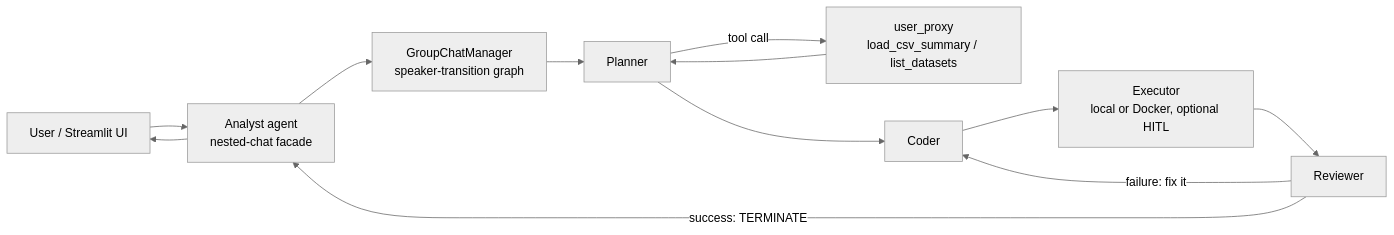
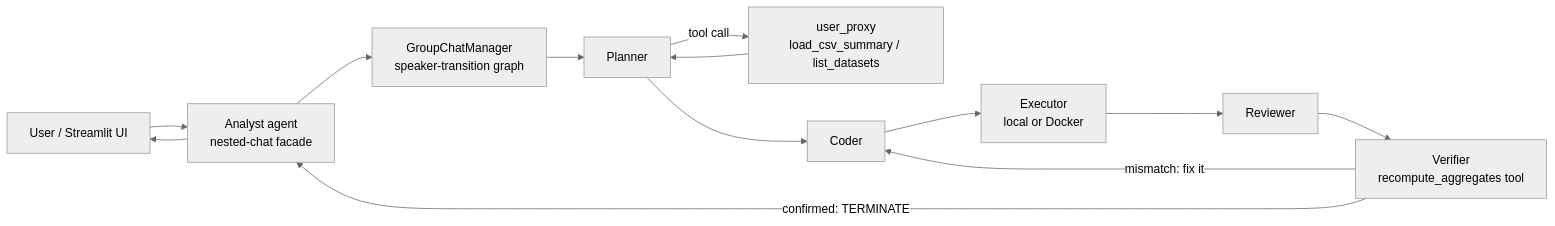
Before and after one commit to patilaakash619/InsightBot---Multi-Agent-Data-Analyst-Project-using-Autogen: the diagram in README.md, drawn with Mermaid (neutral theme). The commit also changed other lines of this file and 6 other files, not shown here.

Commit message:
Add Verifier agent, eval harness, updated README with design decisions

````diff
--- a/README.md
+++ b/README.md
@@ -26,14 +27,15 @@
 ```mermaid
 flowchart LR
-    U[User / Streamlit UI] --> A[Analyst agent\nnested-chat facade]
-    A --> M[GroupChatManager\nspeaker-transition graph]
+    U[User / Streamlit UI] --> A[Analyst agent<br/>nested-chat facade]
+    A --> M[GroupChatManager<br/>speaker-transition graph]
     M --> P[Planner]
-    P -- tool call --> T[user_proxy\nload_csv_summary / list_datasets]
+    P -- tool call --> T[user_proxy<br/>load_csv_summary / list_datasets]
     T --> P
     P --> C[Coder]
-    C --> E[Executor\nlocal or Docker, optional HITL]
+    C --> E[Executor<br/>local or Docker]
     E --> R[Reviewer]
-    R -- failure: fix it --> C
-    R -- success: TERMINATE --> A
+    R --> V[Verifier<br/>recompute_aggregates tool]
+    V -- mismatch: fix it --> C
+    V -- confirmed: TERMINATE --> A
     A --> U
 ```
````
